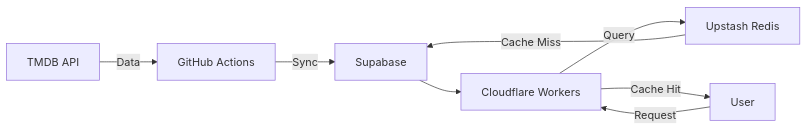
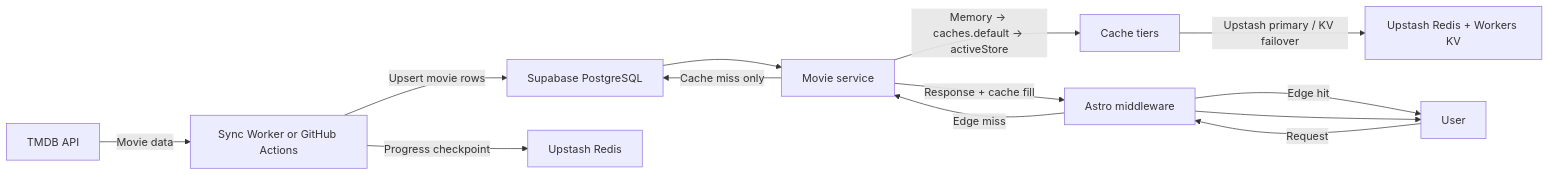
One commit to mdsarfarazalam840/freemoviesuggestion changed the first of 2 diagrams in README.md. Above: the diagram before and after it, drawn with Mermaid. The commit also changed other lines of this file and 4 other files, not shown here.

````diff
--- a/README.md
+++ b/README.md
@@ -56,10 +59,15 @@
 ```mermaid
 graph LR
-    GH[GitHub Actions] --> |Sync| SB[Supabase]
-    TMDB[TMDB API] --> |Data| GH
-    U[User] --> |Request| CP[Cloudflare Workers]
-    CP --> |Query| UR[Upstash Redis]
-    UR --> |Cache Miss| SB
-    SB --> CP
-    CP --> |Cache Hit| U
+    TMDB[TMDB API] --> |Movie data| SYNC[Sync Worker or GitHub Actions]
+    SYNC --> |Upsert movie rows| SB[Supabase PostgreSQL]
+    SYNC --> |Progress checkpoint| UR[Upstash Redis]
+    U[User] --> |Request| MW[Astro middleware]
+    MW --> |Edge hit| U
+    MW --> |Edge miss| APP[Movie service]
+    APP --> |Memory → caches.default → activeStore| CACHE[Cache tiers]
+    CACHE --> |Upstash primary / KV failover| STORE[Upstash Redis + Workers KV]
+    APP --> |Cache miss only| SB
+    SB --> APP
+    APP --> |Response + cache fill| MW
+    MW --> U
 ```
````
